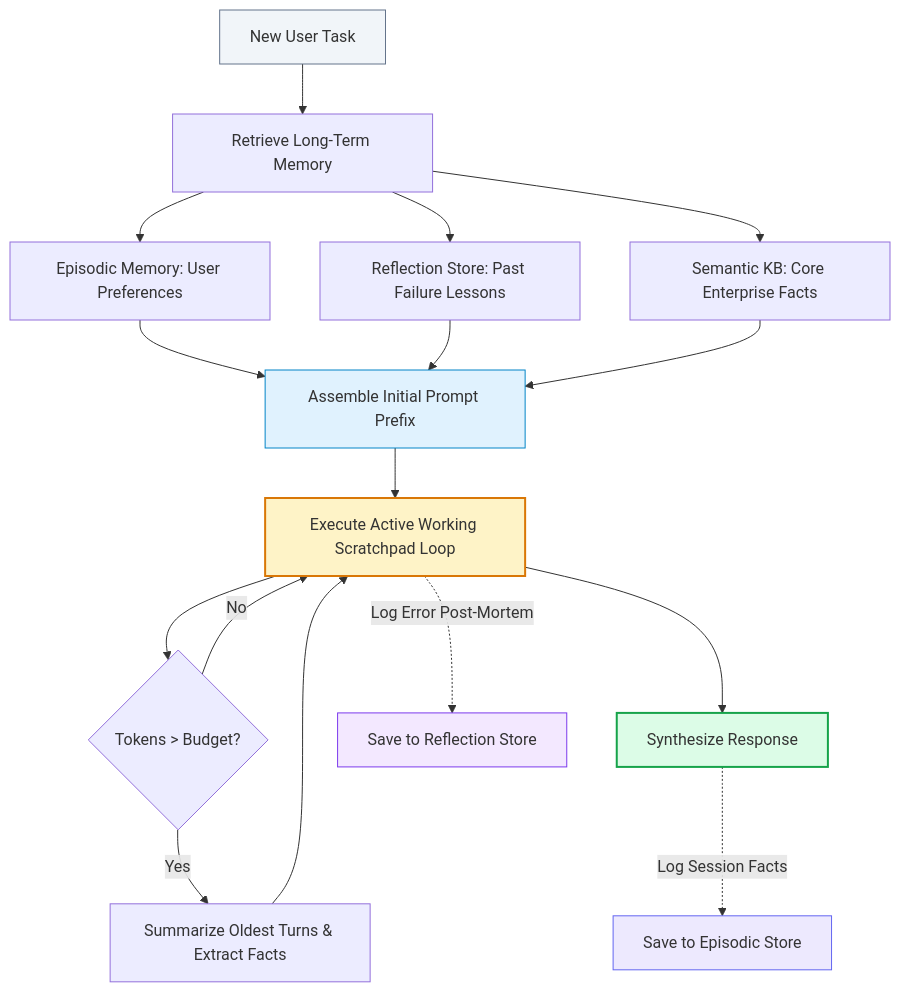
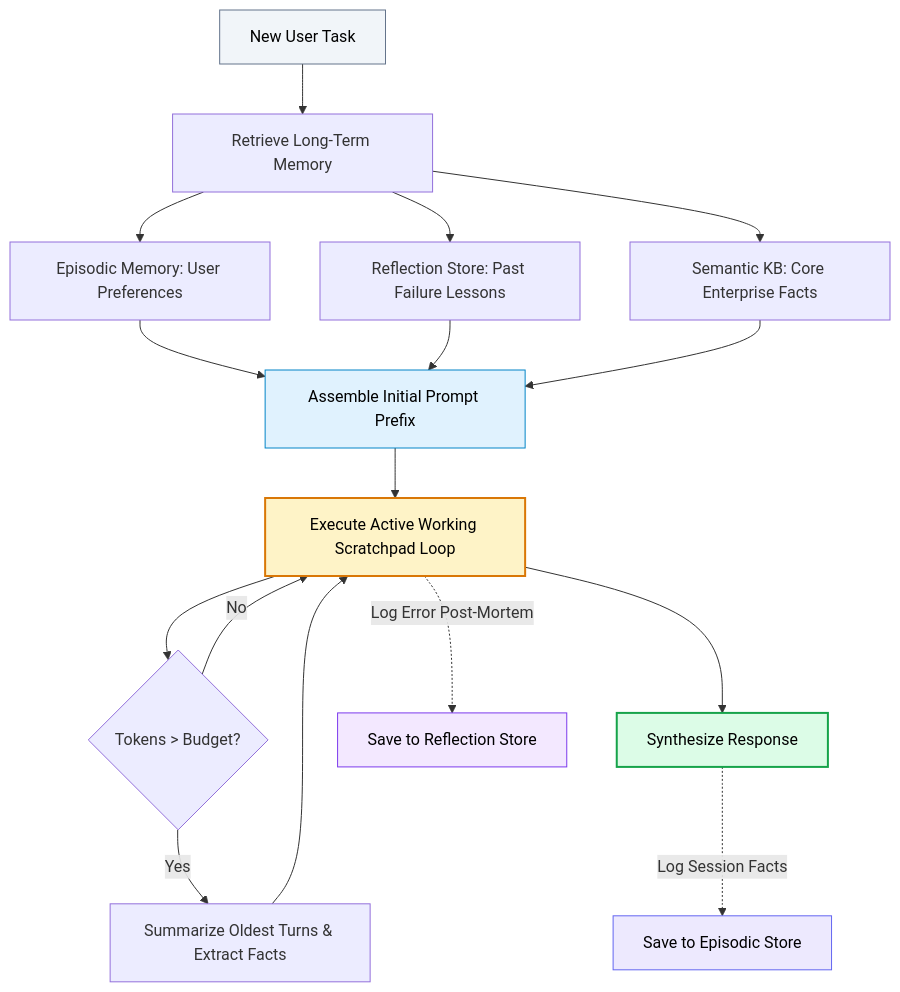
Before and after one commit to swapnil3104/RAG-Engineering: the fifth of 5 diagrams in 07-Agentic-RAG/Memory-in-RAG.md, drawn with Mermaid. The commit also changed other lines of this file and 108 other files, not shown here.

Commit message:
fix: make chart text visible across all Mermaid diagrams and resolve markdown table formatting issues

````diff
--- a/07-Agentic-RAG/Memory-in-RAG.md
+++ b/07-Agentic-RAG/Memory-in-RAG.md
@@ -550,29 +550,29 @@
 ```mermaid
 flowchart TD
     In[New User Task] --> Recall[Retrieve Long-Term Memory]
     
     Recall --> Rec1[Episodic Memory: User Preferences]
     Recall --> Rec2[Reflection Store: Past Failure Lessons]
     Recall --> Rec3[Semantic KB: Core Enterprise Facts]
     
     Rec1 --> Assemble[Assemble Initial Prompt Prefix]
     Rec2 --> Assemble
     Rec3 --> Assemble
     
     Assemble --> ExecLoop[Execute Active Working Scratchpad Loop]
     ExecLoop --> Compactor{Tokens > Budget?}
     Compactor -->|Yes| Prune[Summarize Oldest Turns & Extract Facts]
     Prune --> ExecLoop
     Compactor -->|No| ExecLoop
     
     ExecLoop --> FinalAnswer[Synthesize Response]
     ExecLoop -.->|Log Error Post-Mortem| SaveRef[Save to Reflection Store]
     FinalAnswer -.->|Log Session Facts| SaveEp[Save to Episodic Store]
 
-    style In fill:#f1f5f9,stroke:#64748b,stroke-width:1px
-    style Assemble fill:#e0f2fe,stroke:#0284c7,stroke-width:1px
-    style ExecLoop fill:#fef3c7,stroke:#d97706,stroke-width:2px
-    style FinalAnswer fill:#dcfce7,stroke:#16a34a,stroke-width:2px
-    style SaveRef fill:#f3e8ff,stroke:#7c3aed,stroke-width:1px
-    style SaveEp fill:#ede9fe,stroke:#6366f1,stroke-width:1px
+    style In fill:#f1f5f9,stroke:#64748b,stroke-width:1px,color:#000000
+    style Assemble fill:#e0f2fe,stroke:#0284c7,stroke-width:1px,color:#000000
+    style ExecLoop fill:#fef3c7,stroke:#d97706,stroke-width:2px,color:#000000
+    style FinalAnswer fill:#dcfce7,stroke:#16a34a,stroke-width:2px,color:#000000
+    style SaveRef fill:#f3e8ff,stroke:#7c3aed,stroke-width:1px,color:#000000
+    style SaveEp fill:#ede9fe,stroke:#6366f1,stroke-width:1px,color:#000000
 ```
````
